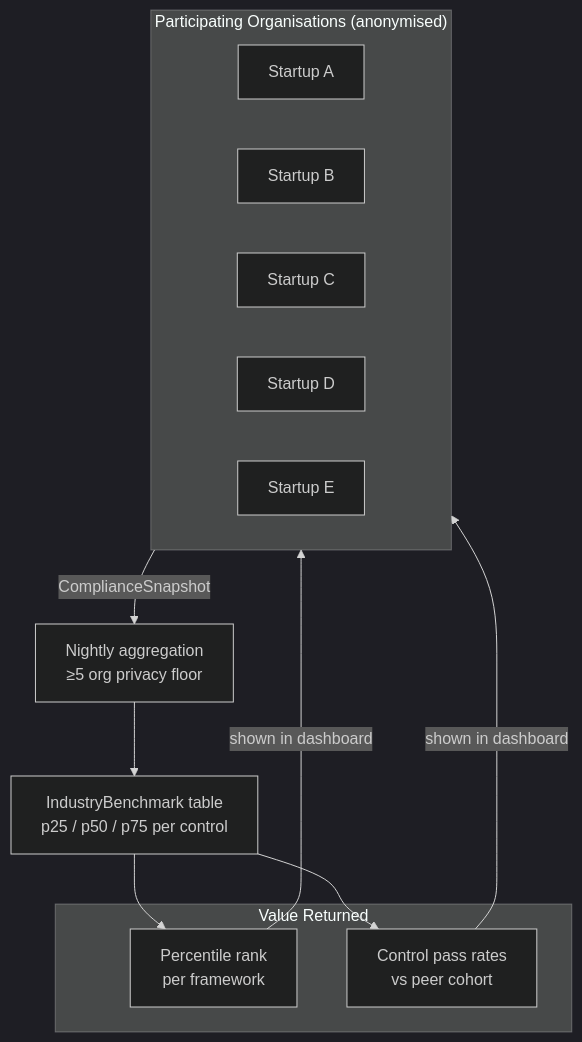
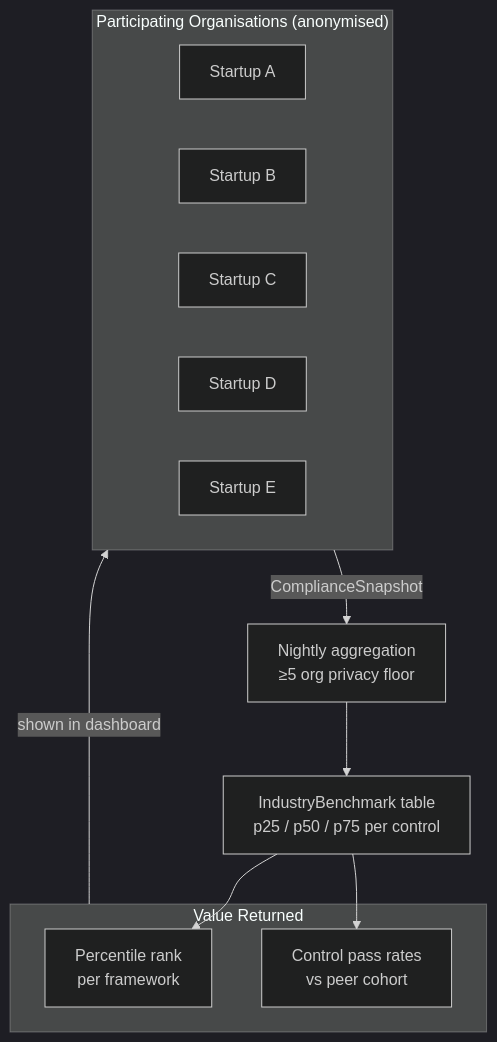
One commit to JohnJohnW/audittrail-dev changed the fourth of 16 diagrams in README.md. Above: the diagram before and after it, drawn with Mermaid (dark theme). The commit also changed other lines of this file, not shown here.

First line of the commit message:
fix: further mermaid diagram rendering improvements

````diff
--- a/README.md
+++ b/README.md
@@ -141,24 +141,24 @@
 ```mermaid
 flowchart TD
     subgraph Orgs["Participating Organisations (anonymised)"]
         O1[Startup A]
         O2[Startup B]
         O3[Startup C]
         O4[Startup D]
         O5[Startup E]
     end
 
     AGG["Nightly aggregation\n≥5 org privacy floor"]
     BM["IndustryBenchmark table\np25 / p50 / p75 per control"]
 
     subgraph Value["Value Returned"]
         PCT["Percentile rank\nper framework"]
         CR["Control pass rates\nvs peer cohort"]
     end
 
     Orgs -->|ComplianceSnapshot| AGG
     AGG --> BM
     BM --> PCT
     BM --> CR
-    PCT & CR -->|shown in dashboard| Orgs
+    Value -->|shown in dashboard| Orgs
 ```
````
